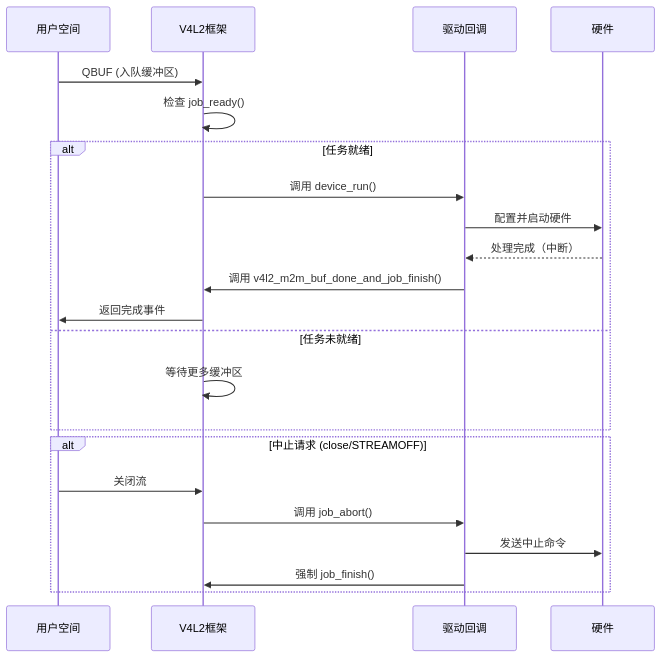
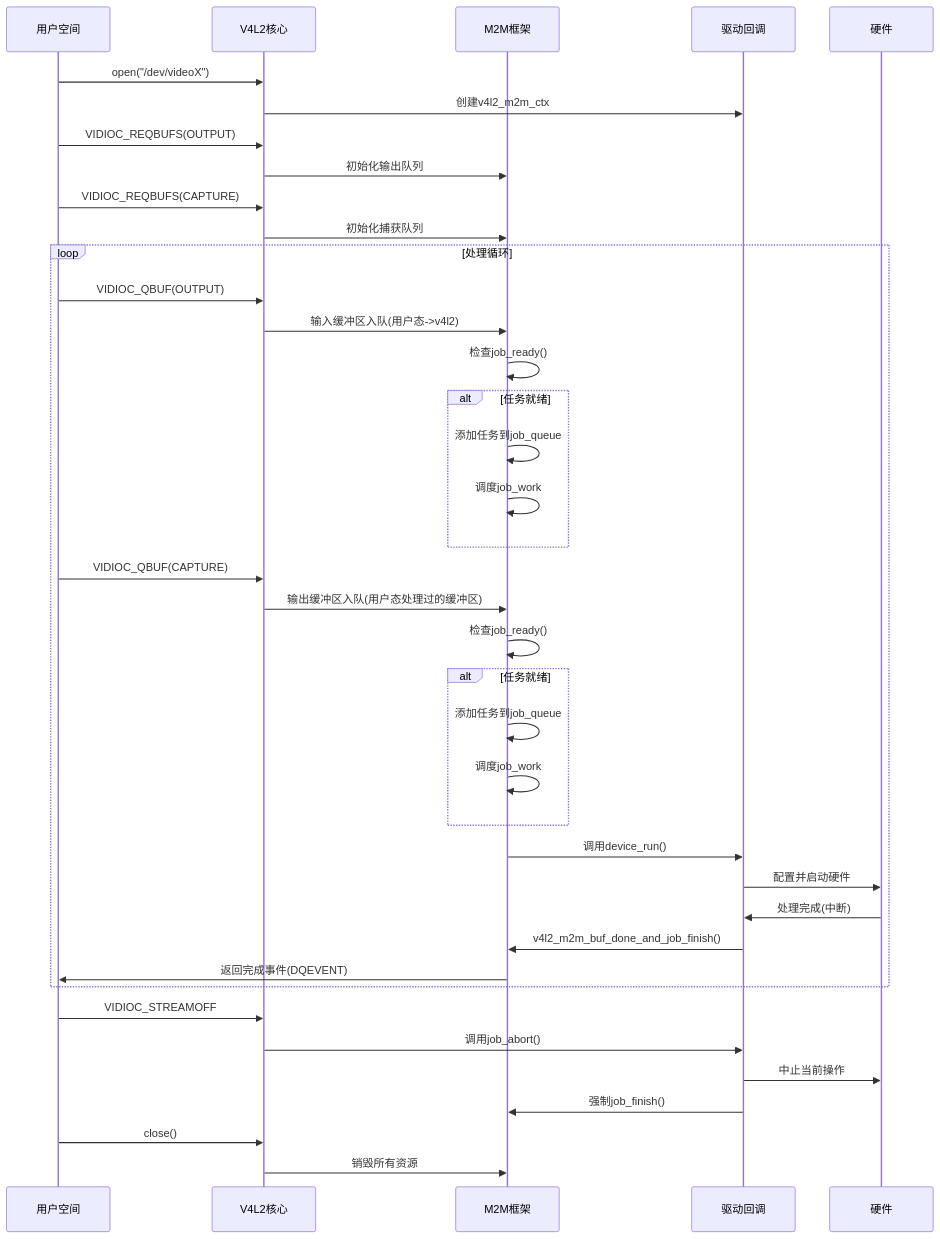
One commit to h13-0/Notebooks changed the diagram in Linux内核原理及其开发/驱动开发专题/V4L2/V4L2.md. Above: the diagram before and after it, drawn with Mermaid. The commit also changed other lines of this file, not shown here.

Commit message:
vault backup: 2025-06-01 23:42:06

````diff
--- a/Linux内核原理及其开发/驱动开发专题/V4L2/V4L2.md
+++ b/Linux内核原理及其开发/驱动开发专题/V4L2/V4L2.md
@@ -1225,26 +1227,48 @@
 ```mermaid
 sequenceDiagram
     participant User as 用户空间
-    participant V4L2 as V4L2框架
+    participant V4L2 as V4L2核心
+    participant M2M as M2M框架
     participant Driver as 驱动回调
     participant HW as 硬件
 
-    User->>V4L2: QBUF (入队缓冲区)
-    V4L2->>V4L2: 检查 job_ready()
-    alt 任务就绪
-        V4L2->>Driver: 调用 device_run()
+    User->>V4L2: open("/dev/videoX")
+    V4L2->>Driver: 创建v4l2_m2m_ctx
+    User->>V4L2: VIDIOC_REQBUFS(OUTPUT)
+    V4L2->>M2M: 初始化输出队列
+    User->>V4L2: VIDIOC_REQBUFS(CAPTURE)
+    V4L2->>M2M: 初始化捕获队列
+    
+    loop 处理循环
+        User->>V4L2: VIDIOC_QBUF(OUTPUT)
+        V4L2->>M2M: 输入缓冲区入队(用户态->v4l2)
+        M2M->>M2M: 检查job_ready()
+        alt 任务就绪
+            M2M->>M2M: 添加任务到job_queue
+            M2M->>M2M: 调度job_work
+        end
+        
+        User->>V4L2: VIDIOC_QBUF(CAPTURE)
+        V4L2->>M2M: 输出缓冲区入队(用户态处理过的缓冲区)
+        M2M->>M2M: 检查job_ready()
+        alt 任务就绪
+            M2M->>M2M: 添加任务到job_queue
+            M2M->>M2M: 调度job_work
+        end
+        
+        M2M->>Driver: 调用device_run()
         Driver->>HW: 配置并启动硬件
-        HW-->>Driver: 处理完成（中断）
-        Driver->>V4L2: 调用 v4l2_m2m_buf_done_and_job_finish()
-        V4L2->>User: 返回完成事件
-    else 任务未就绪
-        V4L2->>V4L2: 等待更多缓冲区
+        HW->>Driver: 处理完成(中断)
+        Driver->>M2M: v4l2_m2m_buf_done_and_job_finish()
+        M2M->>User: 返回完成事件(DQEVENT)
     end
+    
+    User->>V4L2: VIDIOC_STREAMOFF
+    V4L2->>Driver: 调用job_abort()
+    Driver->>HW: 中止当前操作
+    Driver->>M2M: 强制job_finish()
+    
+    User->>V4L2: close()
+    V4L2->>M2M: 销毁所有资源
 
-    alt 中止请求 (close/STREAMOFF)
-        User->>V4L2: 关闭流
-        V4L2->>Driver: 调用 job_abort()
-        Driver->>HW: 发送中止命令
-        Driver->>V4L2: 强制 job_finish()
-    end
 ```
````
